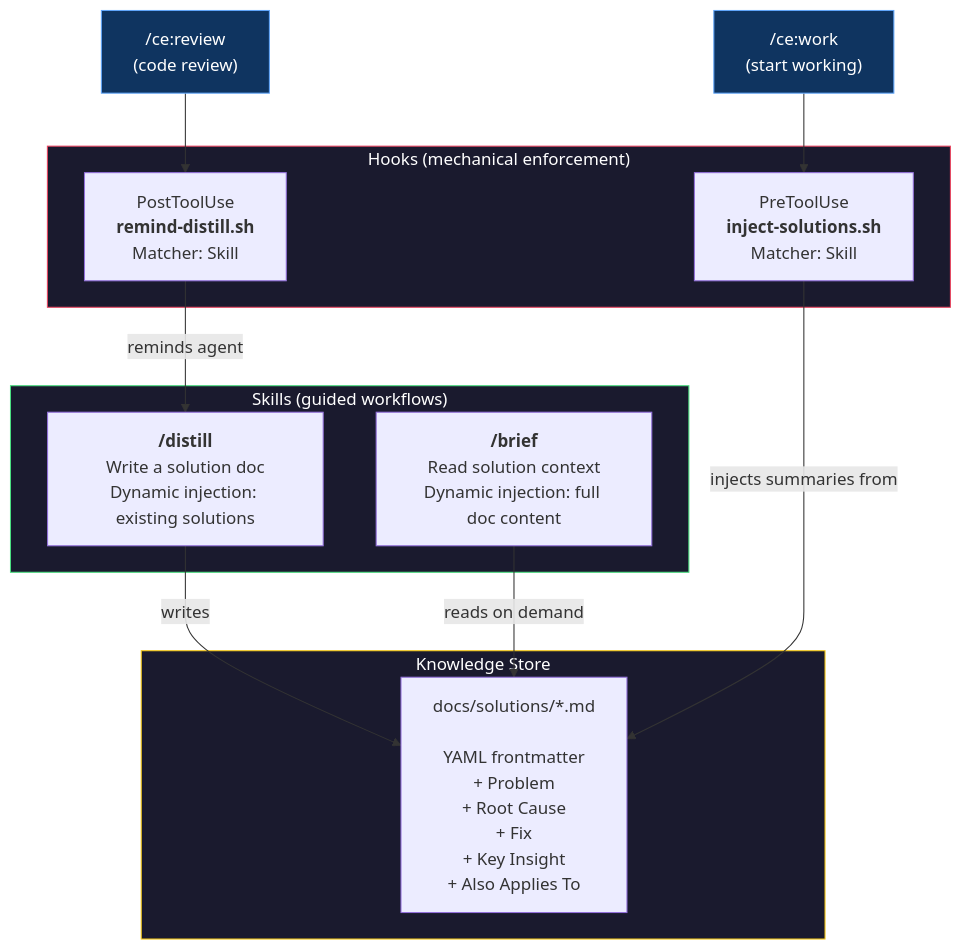
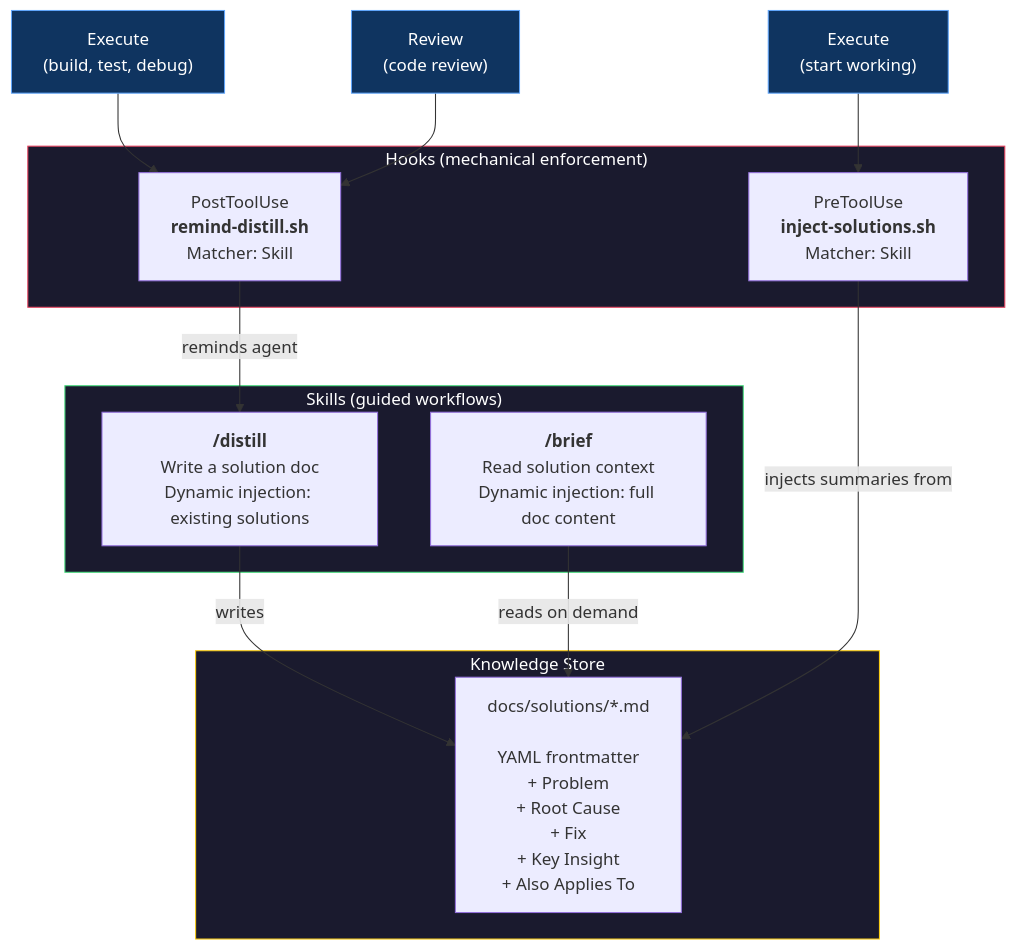
One commit to mbriggsy/ai-learning-journey changed the second of 3 diagrams in research/distill-and-brief/distill-and-brief.md. Above: the diagram before and after it, drawn with Mermaid. The commit also changed other lines of this file and 1 other file, not shown here.

First line of the commit message:
docs: showcase doc revisions + hook ce:work for distill

````diff
--- a/research/distill-and-brief/distill-and-brief.md
+++ b/research/distill-and-brief/distill-and-brief.md
@@ -76,31 +76,33 @@
 ```mermaid
 flowchart TB
     subgraph HOOKS ["Hooks (mechanical enforcement)"]
         H1["PreToolUse\n<b>inject-solutions.sh</b>\nMatcher: Skill"]
         H2["PostToolUse\n<b>remind-distill.sh</b>\nMatcher: Skill"]
     end
 
     subgraph SKILLS ["Skills (guided workflows)"]
         SK1["<b>/distill</b>\nWrite a solution doc\nDynamic injection: existing solutions"]
         SK2["<b>/brief</b>\nRead solution context\nDynamic injection: full doc content"]
     end
 
     subgraph STORE ["Knowledge Store"]
         FS["docs/solutions/*.md\n\nYAML frontmatter\n+ Problem\n+ Root Cause\n+ Fix\n+ Key Insight\n+ Also Applies To"]
     end
 
-    CE_REVIEW["/ce:review\n(code review)"] --> H2
+    EXECUTE["Execute\n(build, test, debug)"] --> H2
+    REVIEW["Review\n(code review)"] --> H2
     H2 -->|"reminds agent"| SK1
     SK1 -->|"writes"| FS
 
-    CE_WORK["/ce:work\n(start working)"] --> H1
+    EXECUTE2["Execute\n(start working)"] --> H1
     H1 -->|"injects summaries from"| FS
 
     SK2 -->|"reads on demand"| FS
 
     style HOOKS fill:#1a1a2e,stroke:#e94560,color:#fff
     style SKILLS fill:#1a1a2e,stroke:#4ade80,color:#fff
     style STORE fill:#1a1a2e,stroke:#facc15,color:#fff
-    style CE_REVIEW fill:#0f3460,stroke:#60a5fa,color:#fff
-    style CE_WORK fill:#0f3460,stroke:#60a5fa,color:#fff
+    style EXECUTE fill:#0f3460,stroke:#60a5fa,color:#fff
+    style REVIEW fill:#0f3460,stroke:#60a5fa,color:#fff
+    style EXECUTE2 fill:#0f3460,stroke:#60a5fa,color:#fff
 ```
````
